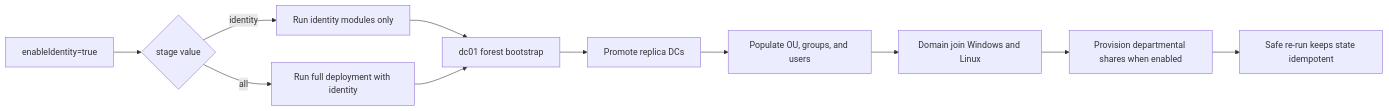
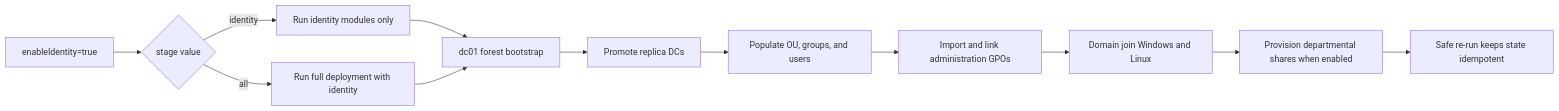
The diagram in docs/identity-and-domain-join.md (andriesdutoit-svg/azure-multiregion-lab), drawn with Mermaid before and after one commit. The commit also changed other lines of this file and 19 other files, not shown here.

````diff
--- a/docs/identity-and-domain-join.md
+++ b/docs/identity-and-domain-join.md
@@ -23,13 +25,14 @@
 ```mermaid
 flowchart LR
   A[enableIdentity=true] --> B{stage value}
   B -->|identity| C[Run identity modules only]
   B -->|all| D[Run full deployment with identity]
   C --> E[dc01 forest bootstrap]
   D --> E
   E --> F[Promote replica DCs]
   F --> G[Populate OU, groups, and users]
-  G --> H[Domain join Windows and Linux]
+  G --> K[Import and link administration GPOs]
+  K --> H[Domain join Windows and Linux]
         H --> I[Provision departmental shares when enabled]
         I --> J[Safe re-run keeps state idempotent]
 ```
````
